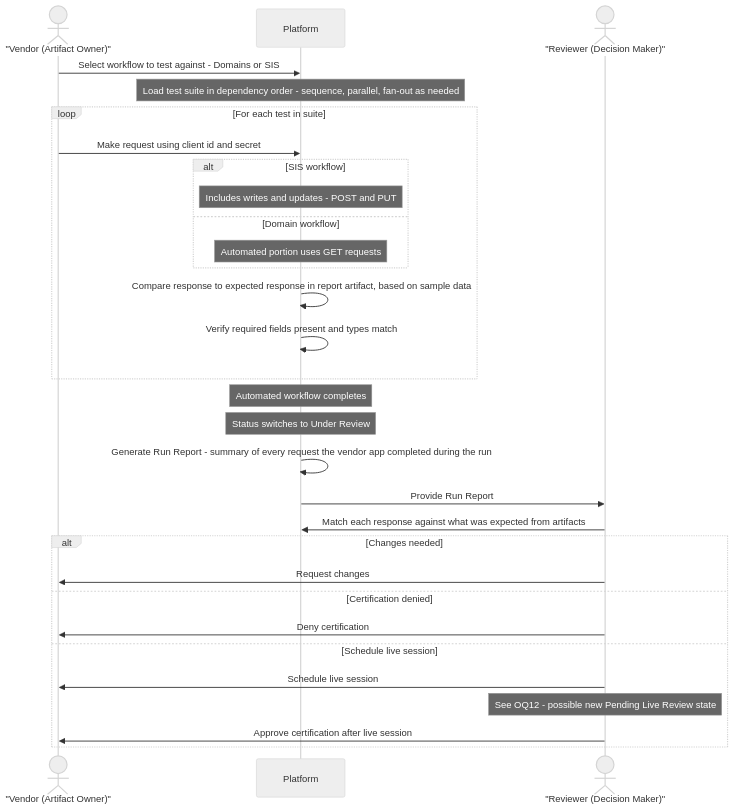
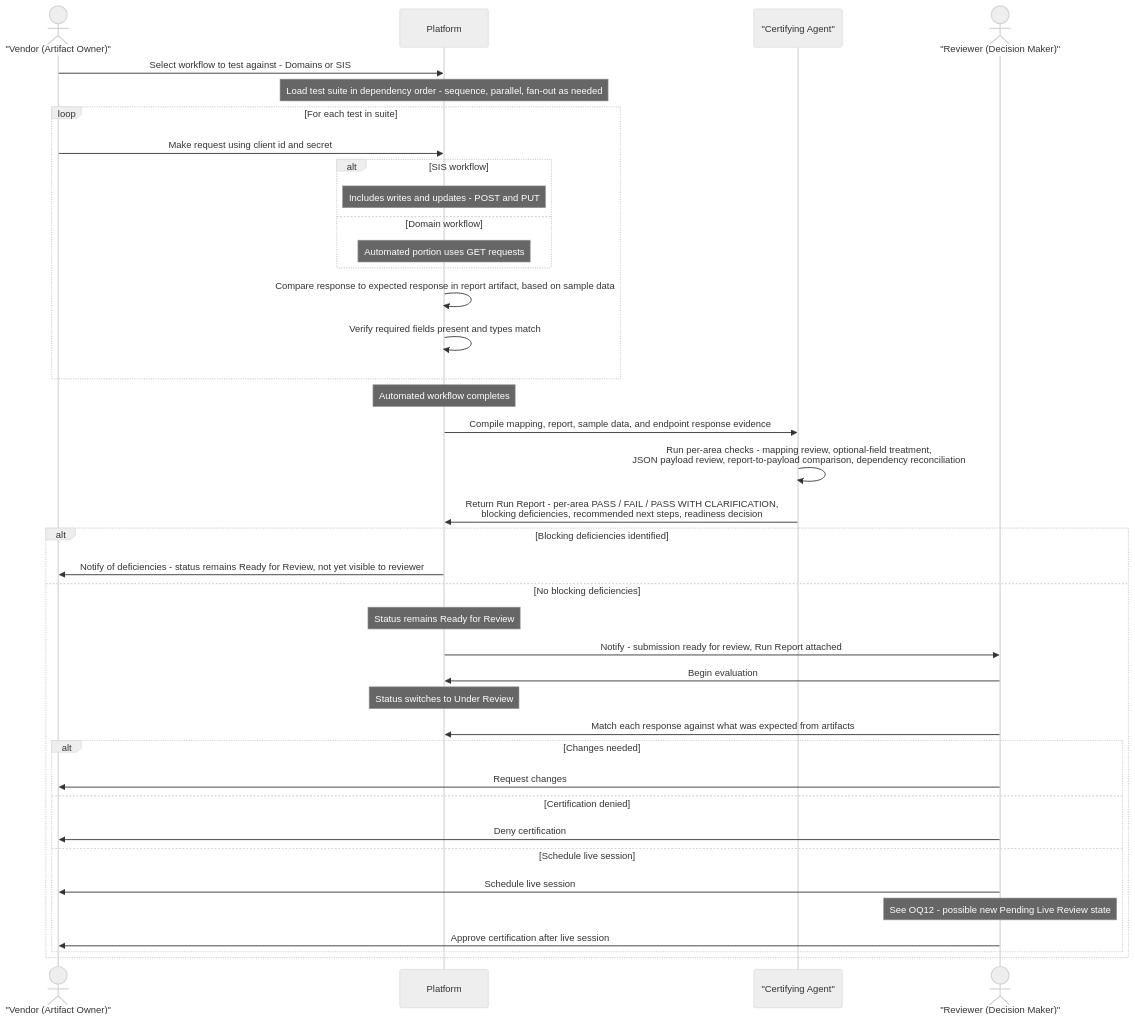
The fifth of 12 diagrams in docs/PRD-Certification-v2.md (roberthunterjr/Ed-Fi-AdminApp), drawn with Mermaid (neutral theme) before and after one commit. The commit also changed other lines of this file, not shown here.

First line of the commit message:
Formalize Certifying Agent readiness gate from a real Run Report sample

````diff
--- a/docs/PRD-Certification-v2.md
+++ b/docs/PRD-Certification-v2.md
@@ -393,38 +394,48 @@
 ```mermaid
 sequenceDiagram
     actor Vendor as "Vendor (Artifact Owner)"
     participant Platform
+    participant Agent as "Certifying Agent"
     actor Reviewer as "Reviewer (Decision Maker)"
 
     Vendor->>Platform: Select workflow to test against - Domains or SIS
     Note over Platform: Load test suite in dependency order - sequence, parallel, fan-out as needed
 
     loop For each test in suite
         Vendor->>Platform: Make request using client id and secret
         alt SIS workflow
             Note over Platform: Includes writes and updates - POST and PUT
         else Domain workflow
             Note over Platform: Automated portion uses GET requests
         end
         Platform->>Platform: Compare response to expected response in report artifact, based on sample data
         Platform->>Platform: Verify required fields present and types match
     end
 
     Note over Platform: Automated workflow completes
-    Note over Platform: Status switches to Under Review
 
-    Platform->>Platform: Generate Run Report - summary of every request the vendor app completed during the run
-    Platform->>Reviewer: Provide Run Report
+    Platform->>Agent: Compile mapping, report, sample data, and endpoint response evidence
+    Agent->>Agent: Run per-area checks - mapping review, optional-field treatment,<br/>JSON payload review, report-to-payload comparison, dependency reconciliation
+    Agent->>Platform: Return Run Report - per-area PASS / FAIL / PASS WITH CLARIFICATION,<br/>blocking deficiencies, recommended next steps, readiness decision
 
-    Reviewer->>Platform: Match each response against what was expected from artifacts
+    alt Blocking deficiencies identified
+        Platform->>Vendor: Notify of deficiencies - status remains Ready for Review, not yet visible to reviewer
+    else No blocking deficiencies
+        Note over Platform: Status remains Ready for Review
+        Platform->>Reviewer: Notify - submission ready for review, Run Report attached
 
-    alt Changes needed
-        Reviewer->>Vendor: Request changes
-    else Certification denied
-        Reviewer->>Vendor: Deny certification
-    else Schedule live session
-        Reviewer->>Vendor: Schedule live session
-        Note over Reviewer: See OQ12 - possible new Pending Live Review state
-        Reviewer->>Vendor: Approve certification after live session
+        Reviewer->>Platform: Begin evaluation
+        Note over Platform: Status switches to Under Review
+        Reviewer->>Platform: Match each response against what was expected from artifacts
+
+        alt Changes needed
+            Reviewer->>Vendor: Request changes
+        else Certification denied
+            Reviewer->>Vendor: Deny certification
+        else Schedule live session
+            Reviewer->>Vendor: Schedule live session
+            Note over Reviewer: See OQ12 - possible new Pending Live Review state
+            Reviewer->>Vendor: Approve certification after live session
+        end
     end
 ```
````
